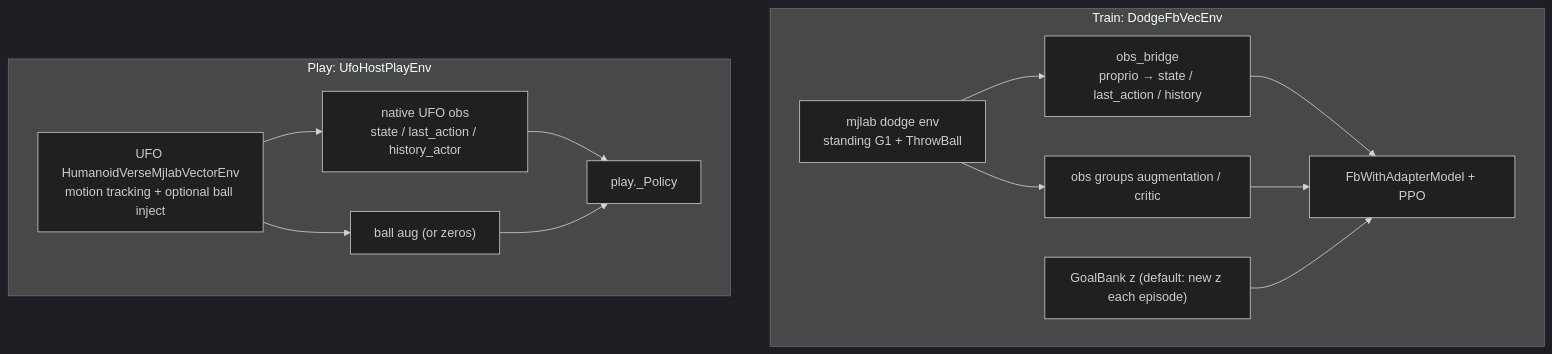
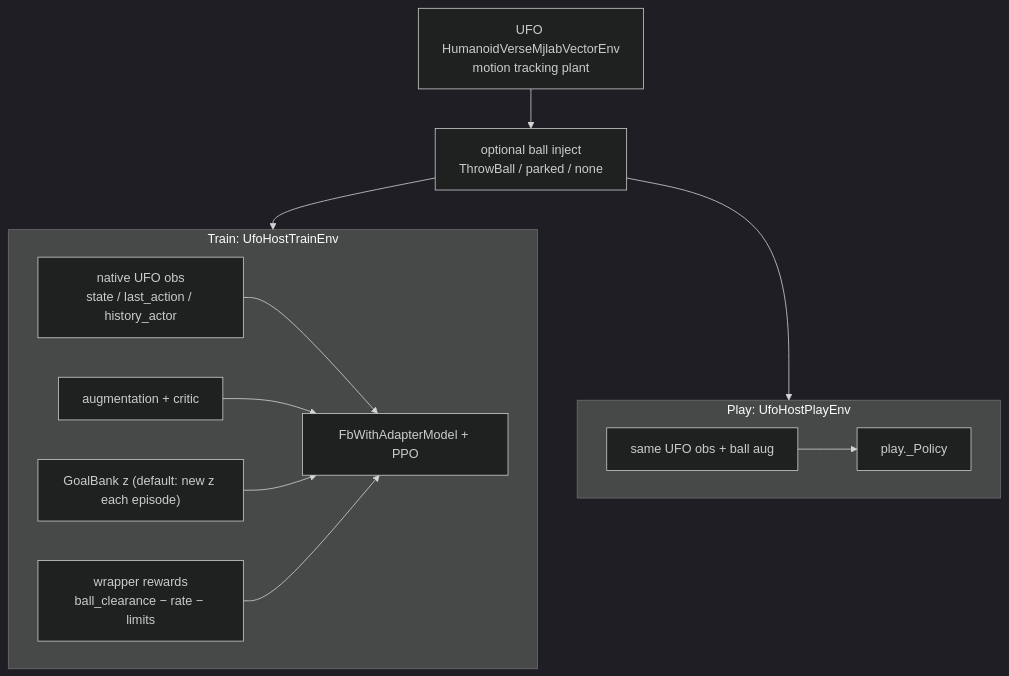
One commit to DuofengPan/UFO-FB changed the third of 3 diagrams in humanoidverse/adapt_fb/README.md. Above: the diagram before and after it, drawn with Mermaid (dark theme). The commit also changed other lines of this file and 4 other files, not shown here.

First line of the commit message:
feat(adapt_fb): unify train on UFO host (same plant as play)

````diff
--- a/humanoidverse/adapt_fb/README.md
+++ b/humanoidverse/adapt_fb/README.md
@@ -116,22 +119,25 @@
 ```mermaid
 flowchart TB
-  subgraph train ["Train: DodgeFbVecEnv"]
-    MJ["mjlab dodge env<br/>standing G1 + ThrowBall"]
-    BR["obs_bridge<br/>proprio → state / last_action / history"]
-    AU["obs groups augmentation / critic"]
+  UFO["UFO HumanoidVerseMjlabVectorEnv<br/>motion tracking plant"]
+  BALL["optional ball inject<br/>ThrowBall / parked / none"]
+  UFO --> BALL
+
+  subgraph train ["Train: UfoHostTrainEnv"]
+    UOBS1["native UFO obs<br/>state / last_action / history_actor"]
+    AU["augmentation + critic"]
     GZ["GoalBank z (default: new z each episode)"]
-    MJ --> BR
-    MJ --> AU
-    BR --> PPO["FbWithAdapterModel + PPO"]
+    REW["wrapper rewards<br/>ball_clearance − rate − limits"]
+    UOBS1 --> PPO["FbWithAdapterModel + PPO"]
     AU --> PPO
     GZ --> PPO
+    REW --> PPO
   end
 
   subgraph play ["Play: UfoHostPlayEnv"]
-    UFO["UFO HumanoidVerseMjlabVectorEnv<br/>motion tracking + optional ball inject"]
-    UOBS["native UFO obs<br/>state / last_action / history_actor"]
-    BAUG["ball aug (or zeros)"]
-    UFO --> UOBS --> POL["play._Policy"]
-    UFO --> BAUG --> POL
+    UOBS2["same UFO obs + ball aug"]
+    UOBS2 --> POL["play._Policy"]
   end
+
+  BALL --> train
+  BALL --> play
 ```
````
